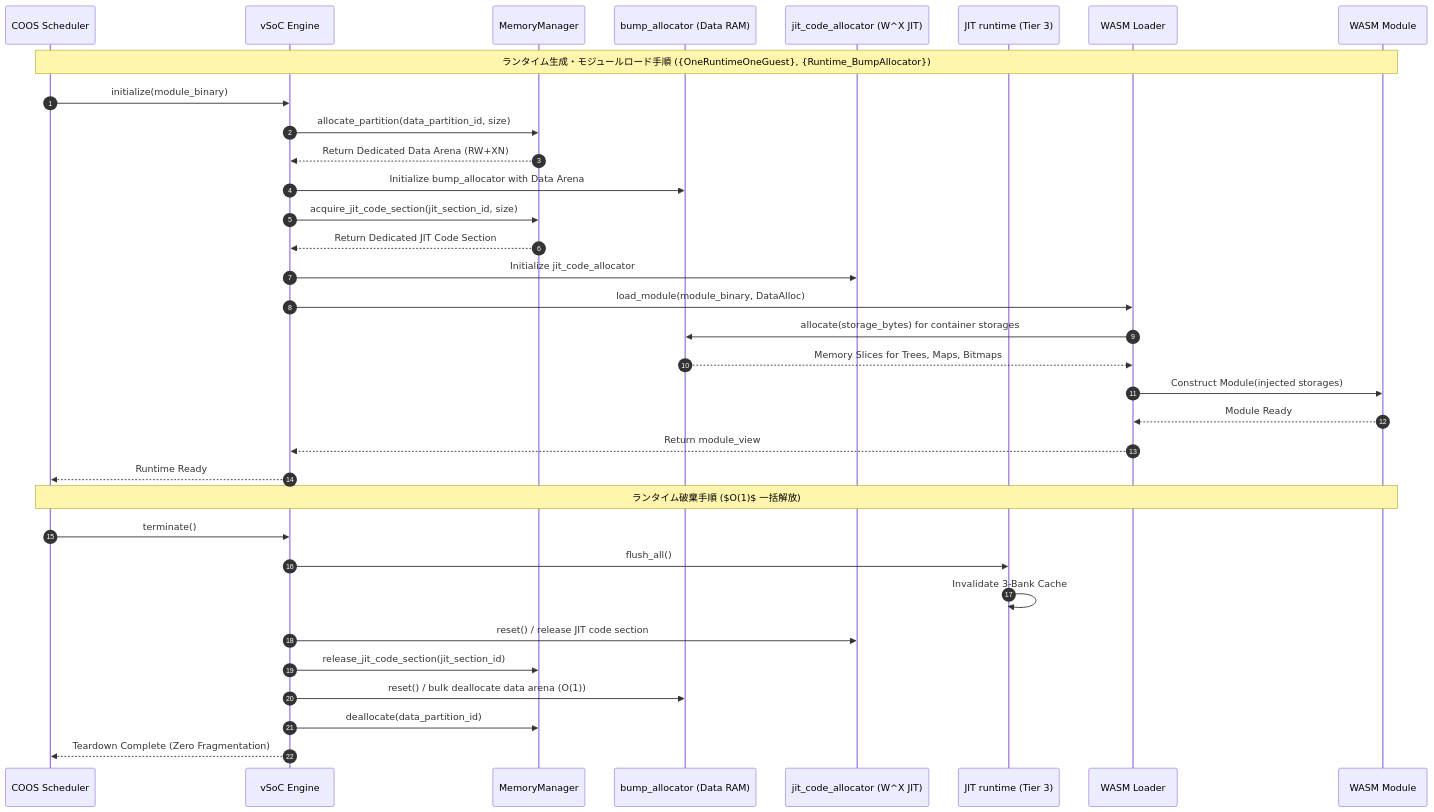
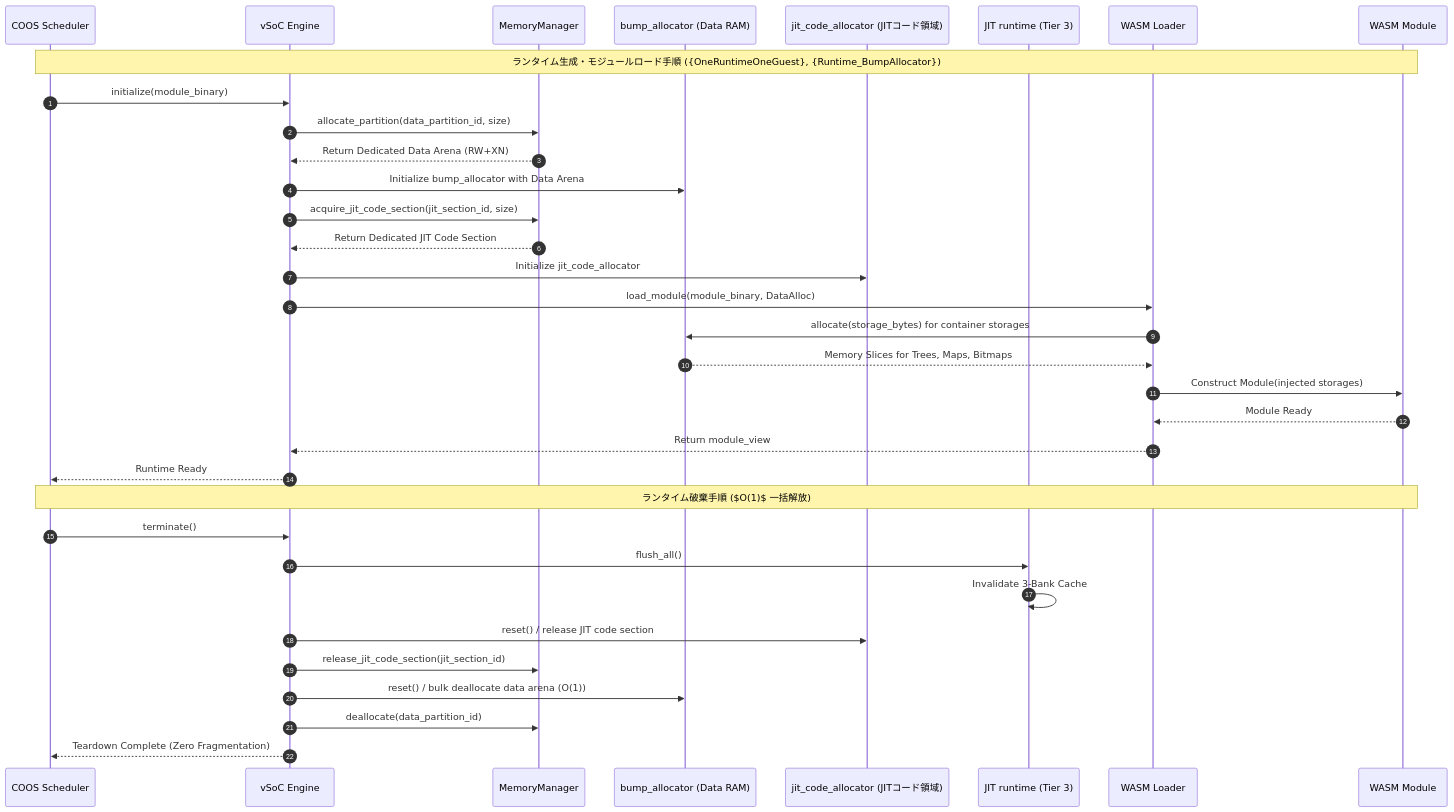
Before and after one commit to kmt-t/fireball: the second of 7 diagrams in docs/components/tier2_runtime/runtime_vsoc.md, drawn with Mermaid. The commit also changed other lines of this file and 633 other files, not shown here.

````diff
--- a/docs/components/tier2_runtime/runtime_vsoc.md
+++ b/docs/components/tier2_runtime/runtime_vsoc.md
@@ -163,38 +163,38 @@
 ```mermaid
 sequenceDiagram
     autonumber
     participant Sched as COOS Scheduler
     participant vSoC as vSoC Engine
     participant Mem as MemoryManager
     participant DataAlloc as bump_allocator (Data RAM)
-    participant JitAlloc as jit_code_allocator (W^X JIT)
+    participant JitAlloc as jit_code_allocator (JITコード領域)
     participant JitRuntime as JIT runtime (Tier 3)
     participant Loader as WASM Loader
     participant Mod as WASM Module
 
     Note over Sched,Mod: ランタイム生成・モジュールロード手順 ({OneRuntimeOneGuest}, {Runtime_BumpAllocator})
     Sched->>vSoC: initialize(module_binary)
     vSoC->>Mem: allocate_partition(data_partition_id, size)
     Mem-->>vSoC: Return Dedicated Data Arena (RW+XN)
     vSoC->>DataAlloc: Initialize bump_allocator with Data Arena
     vSoC->>Mem: acquire_jit_code_section(jit_section_id, size)
     Mem-->>vSoC: Return Dedicated JIT Code Section
     vSoC->>JitAlloc: Initialize jit_code_allocator
     vSoC->>Loader: load_module(module_binary, DataAlloc)
     Loader->>DataAlloc: allocate(storage_bytes) for container storages
     DataAlloc-->>Loader: Memory Slices for Trees, Maps, Bitmaps
     Loader->>Mod: Construct Module(injected storages)
     Mod-->>Loader: Module Ready
     Loader-->>vSoC: Return module_view
     vSoC-->>Sched: Runtime Ready
 
     Note over Sched,Mod: ランタイム破棄手順 ($O(1)$ 一括解放)
     Sched->>vSoC: terminate()
     vSoC->>JitRuntime: flush_all()
     JitRuntime->>JitRuntime: Invalidate 3-Bank Cache
     vSoC->>JitAlloc: reset() / release JIT code section
     vSoC->>Mem: release_jit_code_section(jit_section_id)
     vSoC->>DataAlloc: reset() / bulk deallocate data arena (O(1))
     vSoC->>Mem: deallocate(data_partition_id)
     vSoC-->>Sched: Teardown Complete (Zero Fragmentation)
 ```
````
